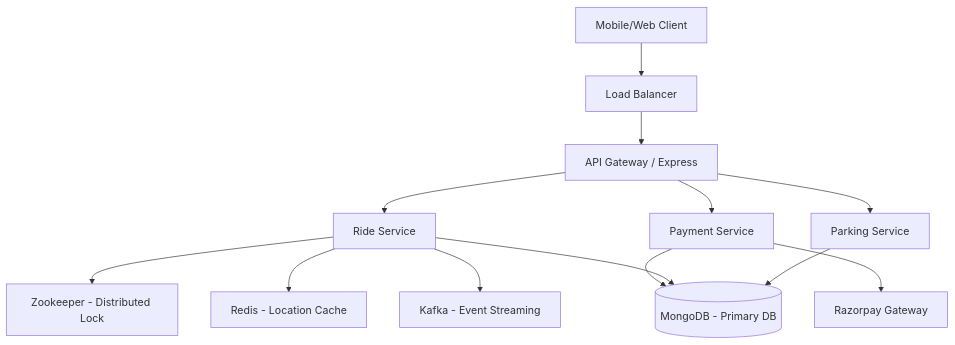
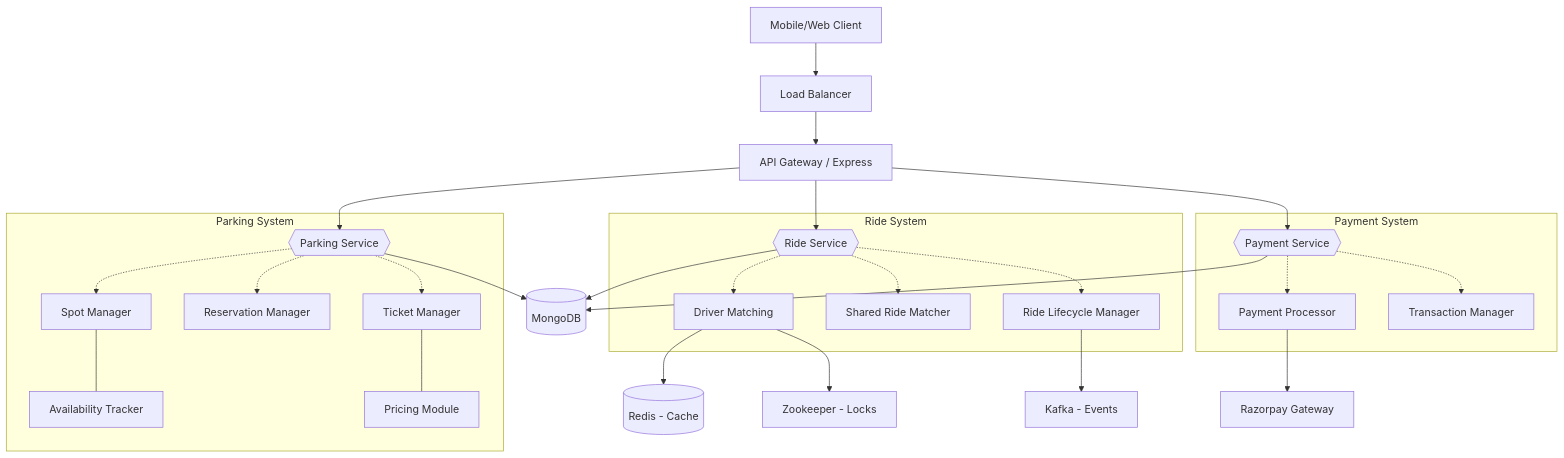
Before and after one commit to SamriddhiAgrawal19/Park-and-ride: the third of 4 diagrams in README.md, drawn with Mermaid. The commit also changed other lines of this file, not shown here.

Commit message:
Improved hld diagarm

````diff
--- a/README.md
+++ b/README.md
@@ -81,19 +81,44 @@
 ```mermaid
 graph TD
+    %% Entry Layer
     Client[Mobile/Web Client] --> LB[Load Balancer]
     LB --> Gateway[API Gateway / Express]
 
-    Gateway --> ParkingService[Parking Service]
-    Gateway --> RideService[Ride Service]
-    Gateway --> PaymentService[Payment Service]
+    %% Gateway to Services
+    Gateway --> PS_Facade{{Parking Service}}
+    Gateway --> RS_Facade{{Ride Service}}
+    Gateway --> PayS_Facade{{Payment Service}}
 
-    RideService --> Zookeeper[Zookeeper - Distributed Lock]
-    RideService --> Redis[Redis - Location Cache]
-    RideService --> Kafka[Kafka - Event Streaming]
+    %% Core Services Layer
+    subgraph Parking [Parking System]
+        PS_Facade -.-> SpotMgr[Spot Manager]
+        PS_Facade -.-> ResMgr[Reservation Manager]
+        PS_Facade -.-> TktMgr[Ticket Manager]
+        SpotMgr --- AvailTrk[Availability Tracker]
+        TktMgr --- PriceMod[Pricing Module]
+    end
 
-    ParkingService --> MongoDB[(MongoDB - Primary DB)]
-    RideService --> MongoDB
-    PaymentService --> MongoDB
+    subgraph Ride [Ride System]
+        RS_Facade -.-> DrvMatch[Driver Matching]
+        RS_Facade -.-> SharedMatch[Shared Ride Matcher]
+        RS_Facade -.-> RideLife[Ride Lifecycle Manager]
+    end
 
-    PaymentService --> Razorpay[Razorpay Gateway]
+    subgraph Payment [Payment System]
+        PayS_Facade -.-> PayProc[Payment Processor]
+        PayS_Facade -.-> TxMgr[Transaction Manager]
+    end
+
+    %% Distributed Tech & Caching
+    DrvMatch --> Redis[(Redis - Cache)]
+    DrvMatch --> Zookeeper[Zookeeper - Locks]
+    RideLife --> Kafka[Kafka - Events]
+
+    %% Primary DB Layer
+    PS_Facade --> MongoDB[(MongoDB)]
+    RS_Facade --> MongoDB
+    PayS_Facade --> MongoDB
+
+    %% External Integrations
+    PayProc --> Razorpay[Razorpay Gateway]
 ```
````
